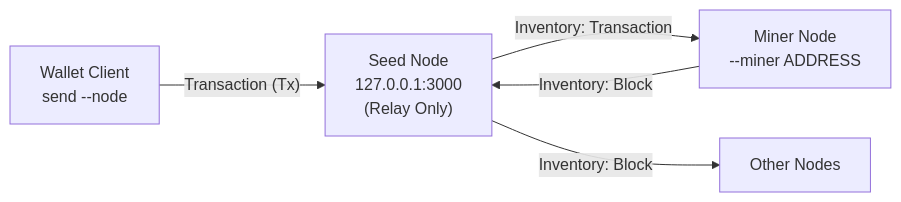
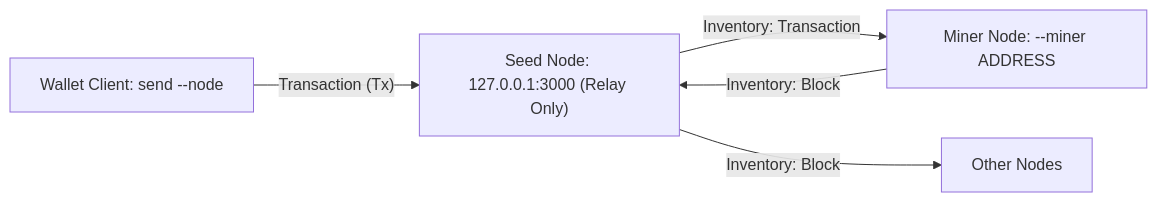
One commit to walidwh21/MiniChain changed the eighth of 9 diagrams in README.md. Above: the diagram before and after it, drawn with Mermaid. The commit also changed other lines of this file, not shown here.

````diff
--- a/README.md
+++ b/README.md
@@ -243,10 +255,10 @@
 ```mermaid
 flowchart LR
-    Client["Wallet Client<br/>send --node"] -->|"Transaction (Tx)"| Seed["Seed Node<br/>127.0.0.1:3000<br/>(Relay Only)"]
+    Client["Wallet Client: send --node"] -->|"Transaction (Tx)"| Seed["Seed Node: 127.0.0.1:3000 (Relay Only)"]
 
-    Seed -->|"Inventory: Transaction"| Miner["Miner Node<br/>--miner ADDRESS"]
+    Seed -->|"Inventory: Transaction"| Miner["Miner Node: --miner ADDRESS"]
 
     Miner -->|"Inventory: Block"| Seed
 
     Seed -->|"Inventory: Block"| Other["Other Nodes"]
 ```
````
